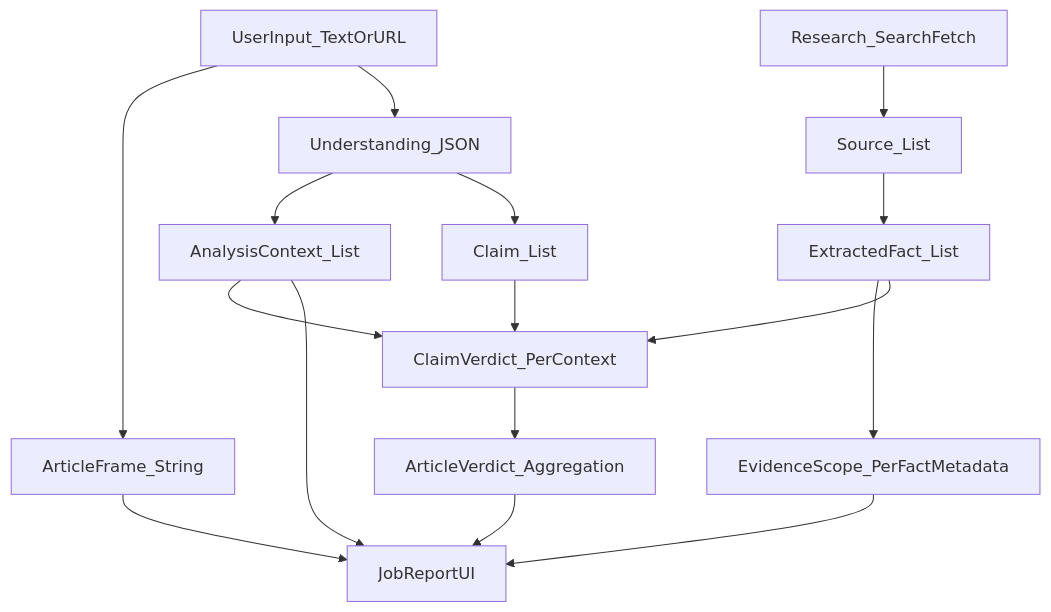
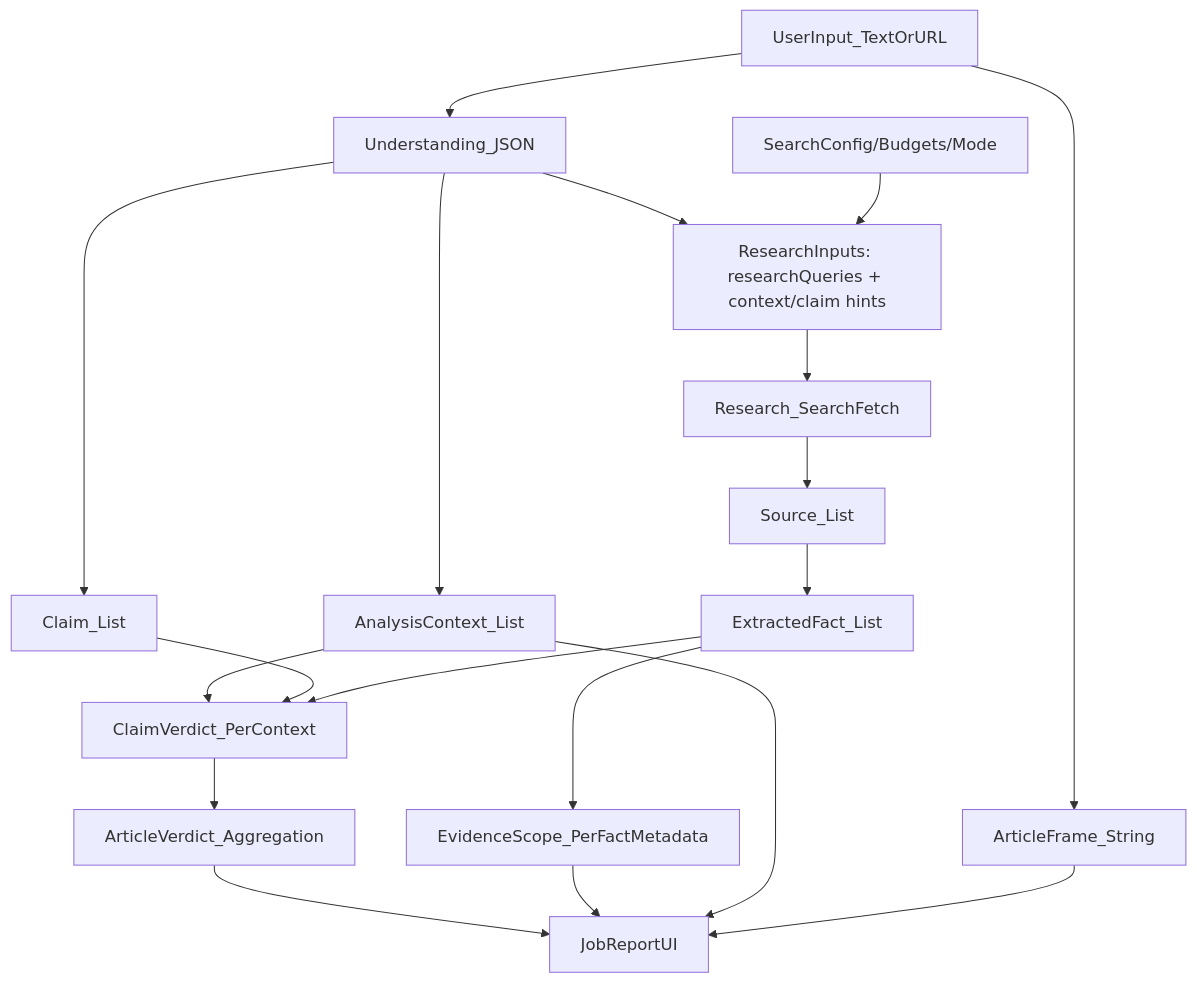
Before and after one commit to robertschaub/FactHarbor: the first of 2 diagrams in Docs/REVIEWS/Orchestrated_Report_Quality_Regression_Analysis.md, drawn with Mermaid. The commit also changed other lines of this file, not shown here.

````diff
--- a/Docs/REVIEWS/Orchestrated_Report_Quality_Regression_Analysis.md
+++ b/Docs/REVIEWS/Orchestrated_Report_Quality_Regression_Analysis.md
@@ -166,23 +166,27 @@
 ```mermaid
 flowchart TD
 UserInput[UserInput_TextOrURL] --> ArticleFrame[ArticleFrame_String]
 UserInput --> Understanding[Understanding_JSON]
 
 Understanding --> AnalysisContexts[AnalysisContext_List]
 Understanding --> Claims[Claim_List]
 
-Research[Research_SearchFetch] --> Sources[Source_List]
+Understanding --> ResearchInputs[ResearchInputs: researchQueries + context/claim hints]
+SearchConfig[SearchConfig/Budgets/Mode] --> ResearchInputs
+
+ResearchInputs --> Research[Research_SearchFetch]
+Research --> Sources[Source_List]
 Sources --> Facts[ExtractedFact_List]
 Facts --> EvidenceScope[EvidenceScope_PerFactMetadata]
 
 AnalysisContexts --> ClaimVerdicts[ClaimVerdict_PerContext]
 Claims --> ClaimVerdicts
 Facts --> ClaimVerdicts
 
 ClaimVerdicts --> ArticleVerdict[ArticleVerdict_Aggregation]
 ArticleVerdict --> ReportUI[JobReportUI]
 
 EvidenceScope --> ReportUI
 AnalysisContexts --> ReportUI
 ArticleFrame --> ReportUI
 ```
````
